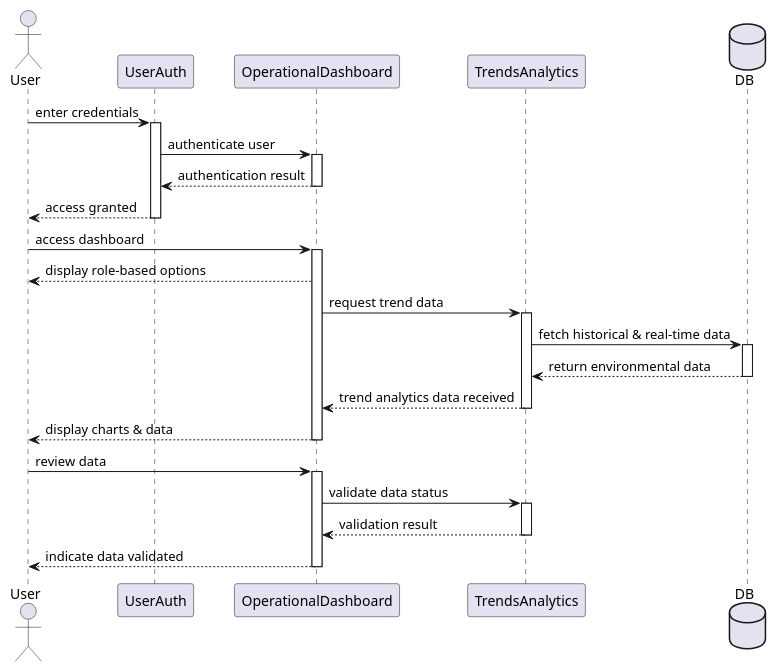
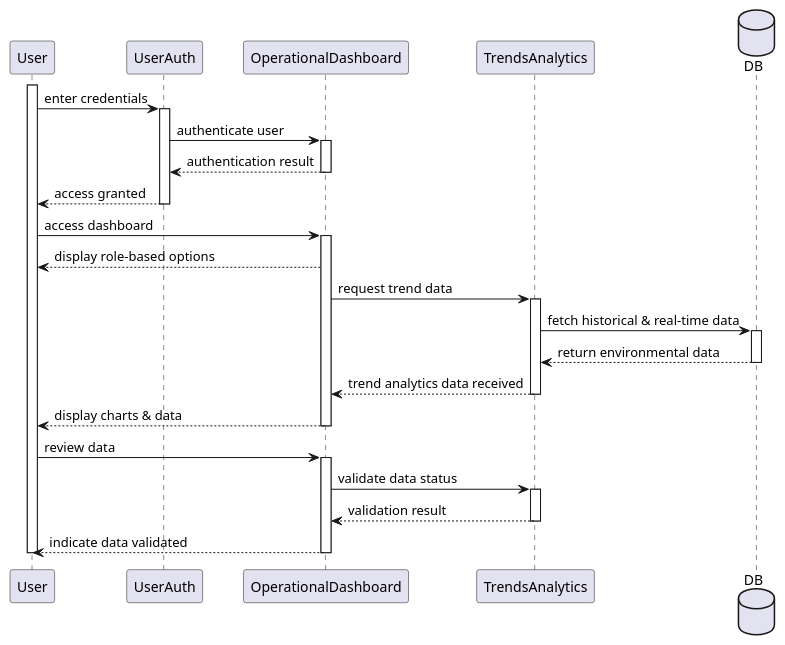
Before and after one commit to harmanpreet-sagar/SFWRENG-3A04-Group6-T01: the diagram in docs/diagrams/plantuml/sequence/BE8_sequence.puml, drawn with PlantUML.

Commit message:
Add explicit activate and deactivate commands

```diff
--- a/docs/diagrams/plantuml/sequence/BE8_sequence.puml
+++ b/docs/diagrams/plantuml/sequence/BE8_sequence.puml
@@ -1,30 +1,51 @@
 @startuml
-actor User
+participant User
+activate User
 
 participant UserAuth
 participant OperationalDashboard
 participant TrendsAnalytics
 database "DB" as DB
 
-User -> UserAuth ++ : enter credentials
-UserAuth -> OperationalDashboard ++ : authenticate user
-OperationalDashboard --> UserAuth -- : authentication result
-UserAuth --> User -- : access granted
+User -> UserAuth : enter credentials
+activate UserAuth
 
-User -> OperationalDashboard ++ : access dashboard
+UserAuth -> OperationalDashboard : authenticate user
+activate OperationalDashboard
+OperationalDashboard --> UserAuth : authentication result
+deactivate OperationalDashboard
+
+UserAuth --> User : access granted
+deactivate UserAuth
+
+User -> OperationalDashboard : access dashboard
+activate OperationalDashboard
 OperationalDashboard --> User : display role-based options
 
-OperationalDashboard -> TrendsAnalytics ++ : request trend data
-TrendsAnalytics -> DB ++ : fetch historical & real-time data
-DB --> TrendsAnalytics -- : return environmental data
-TrendsAnalytics --> OperationalDashboard -- : trend analytics data received
+OperationalDashboard -> TrendsAnalytics : request trend data
+activate TrendsAnalytics
+
+TrendsAnalytics -> DB : fetch historical & real-time data
+activate DB
+DB --> TrendsAnalytics : return environmental data
+deactivate DB
+
+TrendsAnalytics --> OperationalDashboard : trend analytics data received
+deactivate TrendsAnalytics
 
 OperationalDashboard --> User : display charts & data
 deactivate OperationalDashboard
 
-User -> OperationalDashboard ++ : review data
-OperationalDashboard -> TrendsAnalytics ++ : validate data status
-TrendsAnalytics --> OperationalDashboard -- : validation result
-OperationalDashboard --> User -- : indicate data validated
+User -> OperationalDashboard : review data
+activate OperationalDashboard
 
+OperationalDashboard -> TrendsAnalytics : validate data status
+activate TrendsAnalytics
+TrendsAnalytics --> OperationalDashboard : validation result
+deactivate TrendsAnalytics
+
+OperationalDashboard --> User : indicate data validated
+deactivate OperationalDashboard
+
+deactivate User
 @enduml
```
